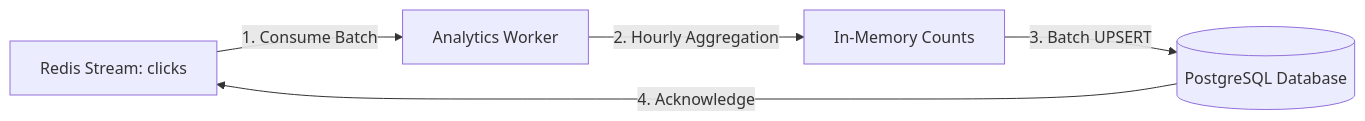
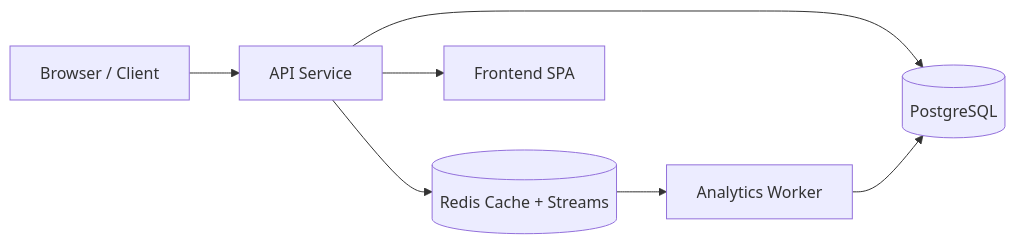
The first of 3 diagrams in README.md (ramalokeshreddyp/distributed-url-shortener), drawn with Mermaid before and after one commit. The commit also changed other lines of this file and 7 other files, not shown here.

````diff
--- a/README.md
+++ b/README.md
@@ -42,7 +9,9 @@
 ```mermaid
-graph LR
-    Stream[Redis Stream: clicks] -->|1. Consume Batch| Worker[Analytics Worker]
-    Worker -->|2. Hourly Aggregation| Agg[In-Memory Counts]
-    Agg -->|3. Batch UPSERT| PG[(PostgreSQL Database)]
-    PG -->|4. Acknowledge| Stream
+flowchart LR
+  User[Browser / Client] --> API[API Service]
+  API --> Redis[(Redis Cache + Streams)]
+  API --> DB[(PostgreSQL)]
+  Redis --> Worker[Analytics Worker]
+  Worker --> DB
+  API --> UI[Frontend SPA]
 ```
````
